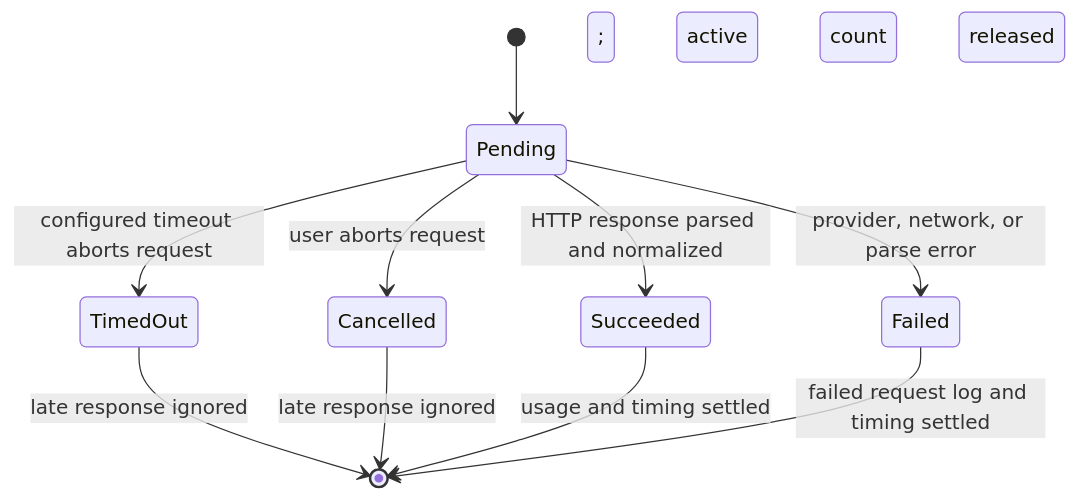
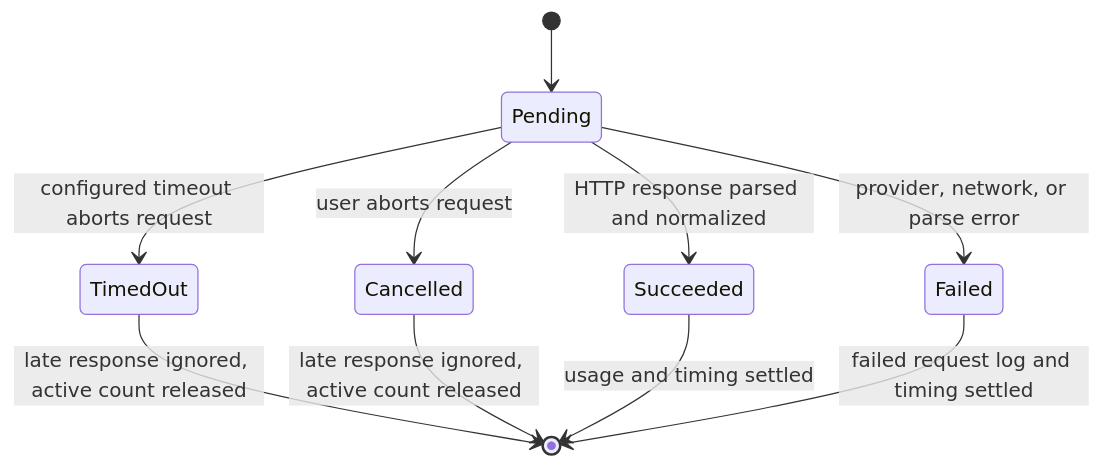
Before and after one commit to bnorth12/AI-Book-Tools: the fifth of 8 diagrams in NovelWriter/docs/ARCHITECTURE.md, drawn with Mermaid. The commit also changed other lines of this file, not shown here.

Commit message:
A1 docs: ARCHITECTURE.md v4 (Reviewer must-fixes: chapterRequiredFacts, storyWorld, migrate on checkpoint restore, per-field owners)

````diff
--- a/NovelWriter/docs/ARCHITECTURE.md
+++ b/NovelWriter/docs/ARCHITECTURE.md
@@ -257,12 +263,12 @@
 ```mermaid
 stateDiagram-v2
     [*] --> Pending
     Pending --> Succeeded: HTTP response parsed and normalized
     Pending --> Failed: provider, network, or parse error
     Pending --> TimedOut: configured timeout aborts request
     Pending --> Cancelled: user aborts request
-    TimedOut --> [*]: late response ignored; active count released
-    Cancelled --> [*]: late response ignored; active count released
+    TimedOut --> [*]: late response ignored, active count released
+    Cancelled --> [*]: late response ignored, active count released
     Succeeded --> [*]: usage and timing settled
     Failed --> [*]: failed request log and timing settled
 ```
````
